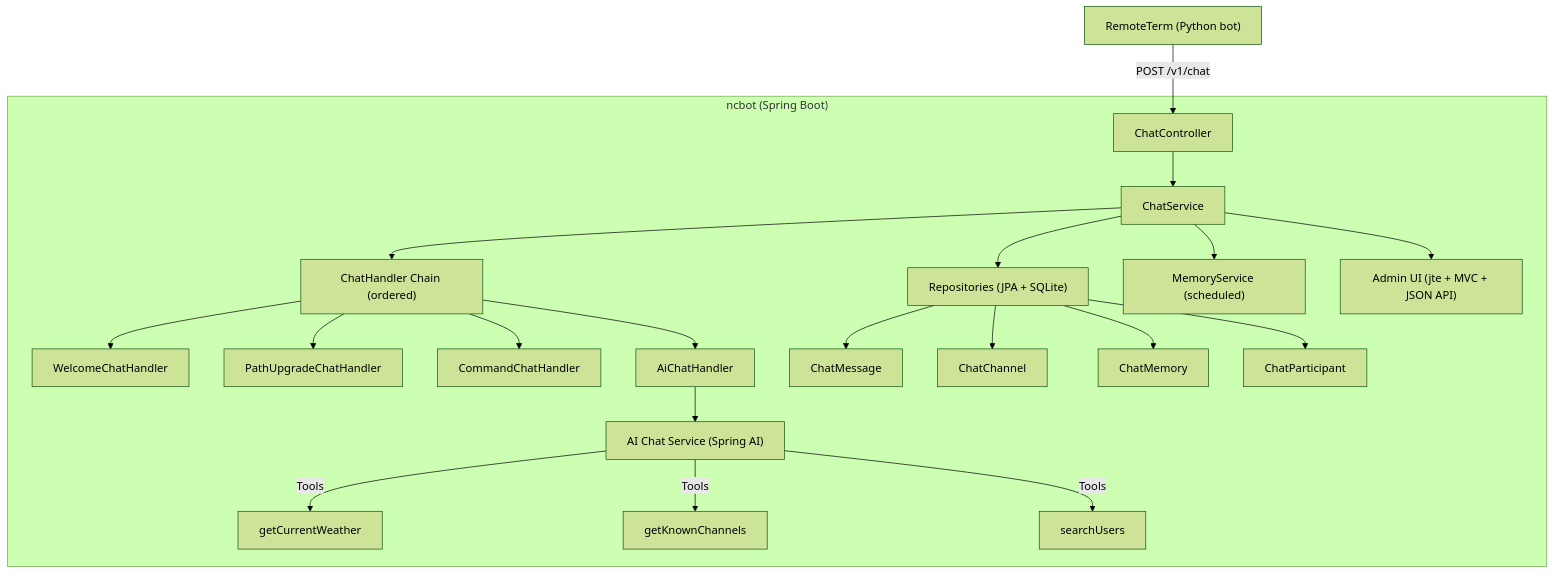
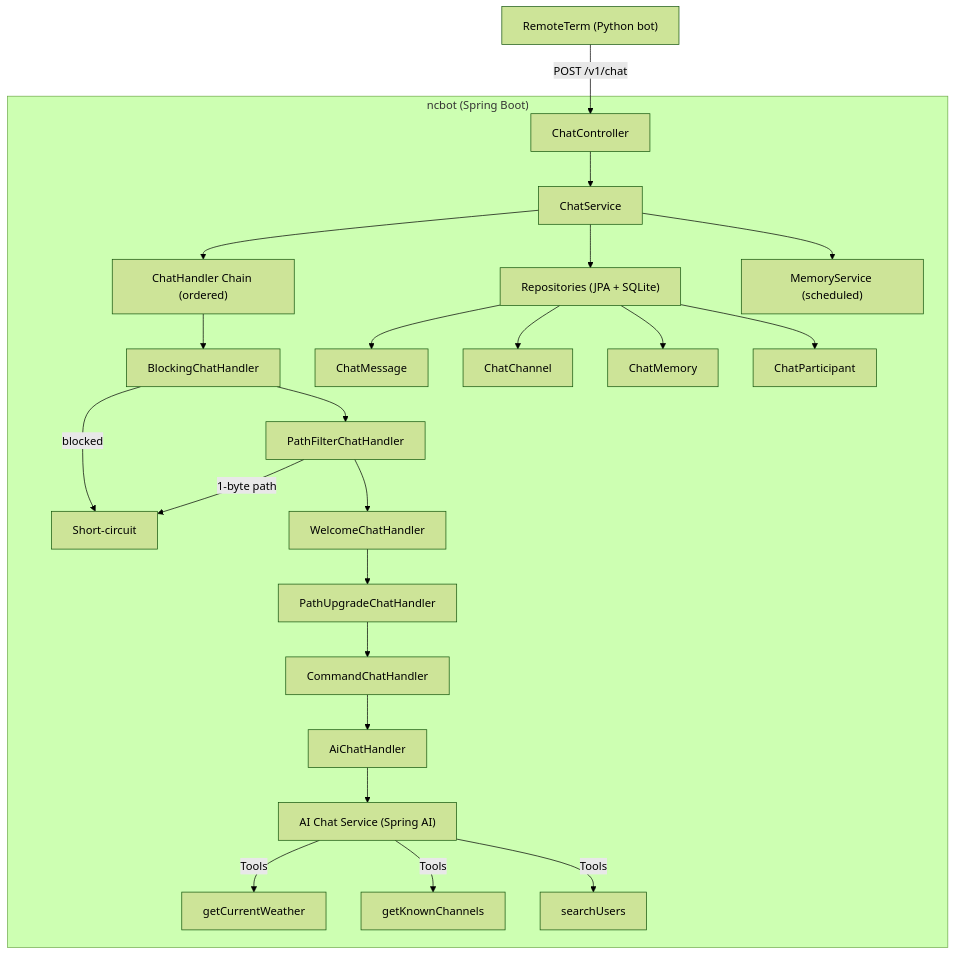
The diagram in README.md (jhuebert/ncbot), drawn with Mermaid (forest theme) before and after one commit. The commit also changed other lines of this file and 41 other files, not shown here.

Commit message:
Improvements to API and handling of blocked message types

````diff
--- a/README.md
+++ b/README.md
@@ -7,24 +7,27 @@
 ```mermaid
 flowchart TD
     RT["RemoteTerm (Python bot)"] -->|POST /v1/chat| CC["ChatController"]
 
     subgraph subbot ["ncbot (Spring Boot)"]
         CC --> CS["ChatService"]
         CS --> HC["ChatHandler Chain (ordered)"]
-        HC --> WH["WelcomeChatHandler"]
-        HC --> PU["PathUpgradeChatHandler"]
-        HC --> CMD["CommandChatHandler"]
-        HC --> AIH["AiChatHandler"]
+        HC --> BH["BlockingChatHandler"]
+        BH -->|blocked| SKIP["Short-circuit"]
+        BH --> PFC["PathFilterChatHandler"]
+        PFC -->|1-byte path| SKIP
+        PFC --> WH["WelcomeChatHandler"]
+        WH --> PU["PathUpgradeChatHandler"]
+        PU --> CMD["CommandChatHandler"]
+        CMD --> AIH["AiChatHandler"]
         AIH --> AIS["AI Chat Service (Spring AI)"]
         AIS -->|Tools| T1["getCurrentWeather"]
         AIS -->|Tools| T2["getKnownChannels"]
         AIS -->|Tools| T3["searchUsers"]
         CS --> REPO["Repositories (JPA + SQLite)"]
         REPO --> CM["ChatMessage"]
         REPO --> CHAN["ChatChannel"]
         REPO --> MEM["ChatMemory"]
         REPO --> CP["ChatParticipant"]
         CS --> MS["MemoryService (scheduled)"]
-        CS --> ADMIN["Admin UI (jte + MVC + JSON API)"]
     end
 ```
````
